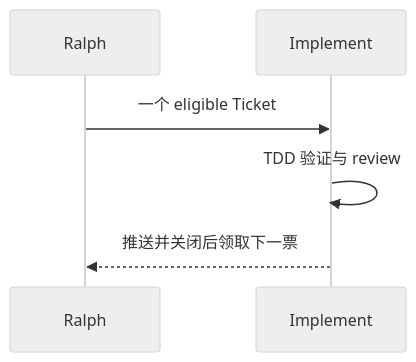
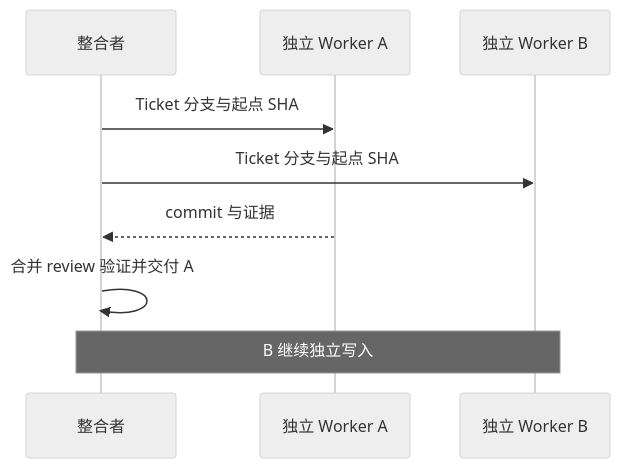
The third of 8 diagrams in docs/architecture/spec-implementation.md (liu-qingyuan/skills-sync-lqy), drawn with Mermaid (neutral theme) before and after one commit. The commit also changed other lines of this file and 17 other files, not shown here.

````diff
--- a/docs/architecture/spec-implementation.md
+++ b/docs/architecture/spec-implementation.md
@@ -30,8 +35,11 @@
 ```mermaid
 sequenceDiagram
-    participant R as Ralph
-    participant I as Implement
-    R->>I: 一个 eligible Ticket
-    I->>I: TDD 验证与 review
-    I-->>R: 推送并关闭后领取下一票
+    participant C as 整合者
+    participant A as 独立 Worker A
+    participant B as 独立 Worker B
+    C->>A: Ticket 分支与起点 SHA
+    C->>B: Ticket 分支与起点 SHA
+    A-->>C: commit 与证据
+    C->>C: 合并 review 验证并交付 A
+    Note over C,B: B 继续独立写入
 ```
````
